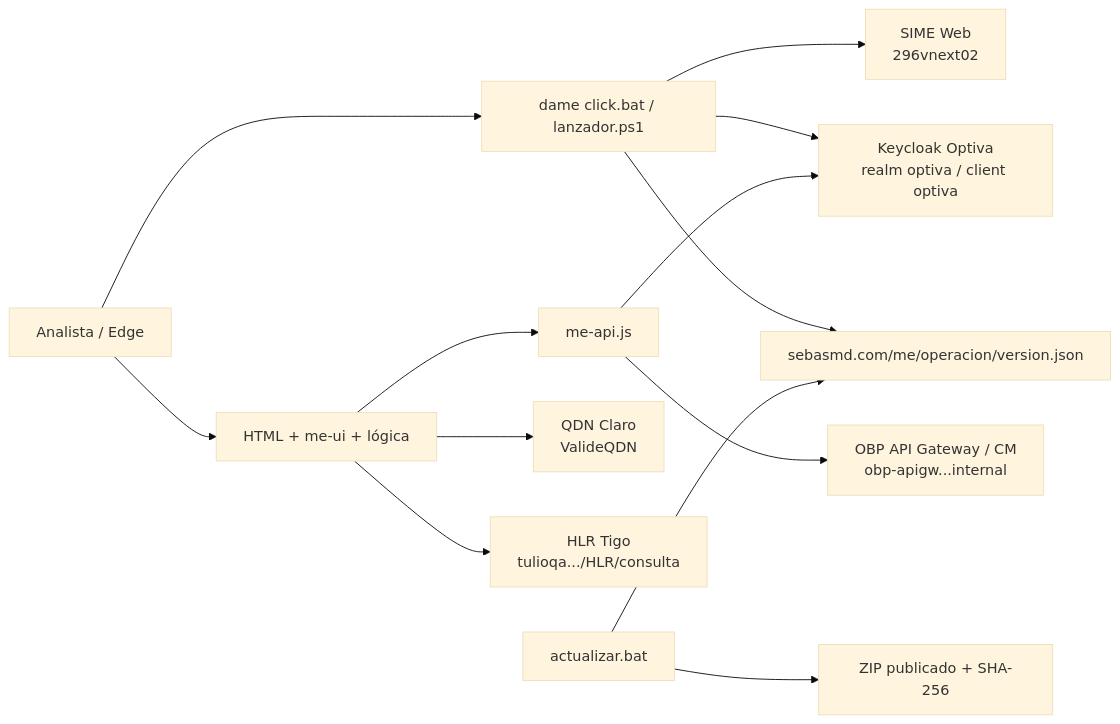
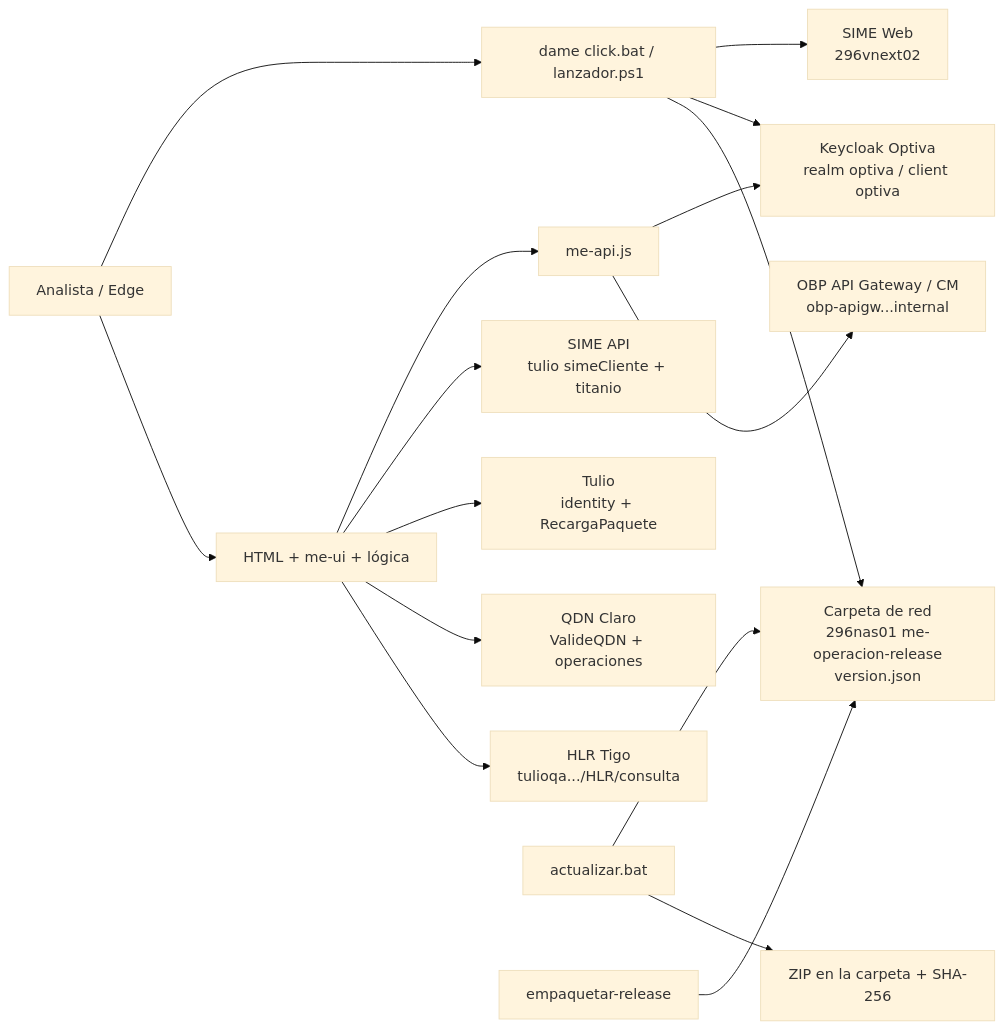
Before and after one commit to sebasmd-projects/me-operacion: the diagram in CODEX.md, drawn with Mermaid (base theme). The commit also changed other lines of this file and 50 other files, not shown here.

````diff
--- a/CODEX.md
+++ b/CODEX.md
@@ -77,15 +108,18 @@
 ```mermaid
 flowchart LR
     U[Analista / Edge] --> L[dame click.bat / lanzador.ps1]
     L --> S[SIME Web<br/>296vnext02]
     L --> K[Keycloak Optiva<br/>realm optiva / client optiva]
     U --> UI[HTML + me-ui + lógica]
     UI --> API[me-api.js]
     API --> K
     API --> CM[OBP API Gateway / CM<br/>obp-apigw...internal]
-    UI --> QC[QDN Claro<br/>ValideQDN]
+    UI --> SM[SIME API<br/>tulio simeCliente + titanio]
+    UI --> TU[Tulio<br/>identity + RecargaPaquete]
+    UI --> QC[QDN Claro<br/>ValideQDN + operaciones]
     UI --> HT[HLR Tigo<br/>tulioqa.../HLR/consulta]
-    L --> V[sebasmd.com/me/operacion/version.json]
+    L --> V[Carpeta de red<br/>296nas01 me-operacion-release<br/>version.json]
     A[actualizar.bat] --> V
-    A --> Z[ZIP publicado + SHA-256]
+    A --> Z[ZIP en la carpeta + SHA-256]
+    E[empaquetar-release] --> V
 ```
````
